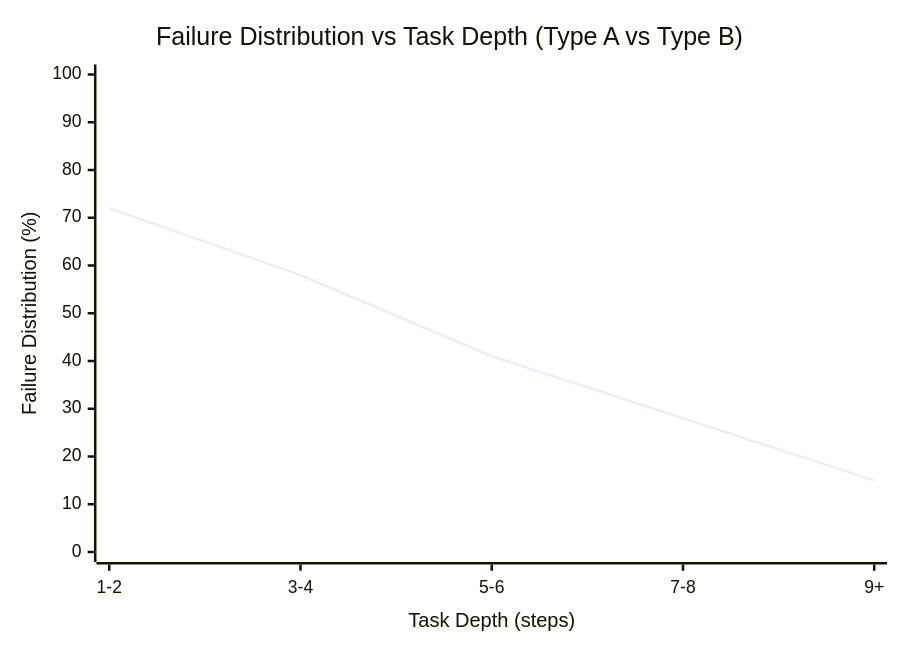
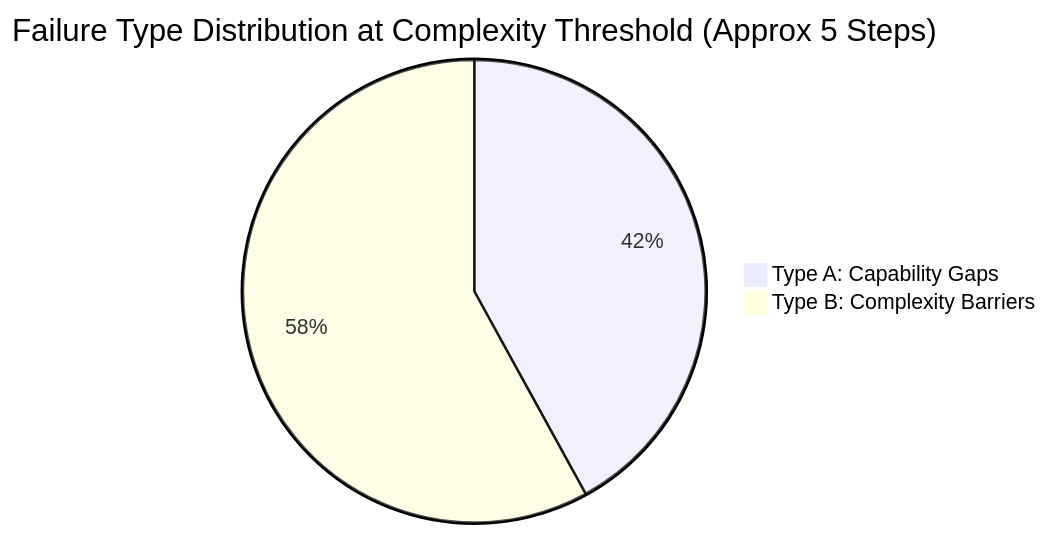
The first of 4 diagrams in docs/paper-research/md-downloaded-paper-curated/11-what-makes-a-good-llm-agent-for-real-world-penetration.md (nishan-paul-2022/cmatrix-agentic-red-team), drawn with Mermaid before and after one commit. The commit also changed other lines of this file and 52 other files, not shown here.

````diff
--- a/docs/paper-research/md-downloaded-paper-curated/11-what-makes-a-good-llm-agent-for-real-world-penetration.md
+++ b/docs/paper-research/md-downloaded-paper-curated/11-what-makes-a-good-llm-agent-for-real-world-penetration.md
@@ -211,9 +161,6 @@
 ```mermaid
-xychart-beta
-    title "Failure Distribution vs Task Depth (Type A vs Type B)"
-    x-axis "Task Depth (steps)" ["1-2", "3-4", "5-6", "7-8", "9+"]
-    y-axis "Failure Distribution (%)" 0 --> 100
-    line [72, 58, 41, 28, 15]
-    %% Note: Area below line represents Type A: Capability Gaps
-    %% Area above line represents Type B: Complexity Barriers
+pie title Failure Type Distribution at Complexity Threshold (Approx 5 Steps)
+    "Type A: Capability Gaps" : 42
+    "Type B: Complexity Barriers" : 58
+
 ```
````
